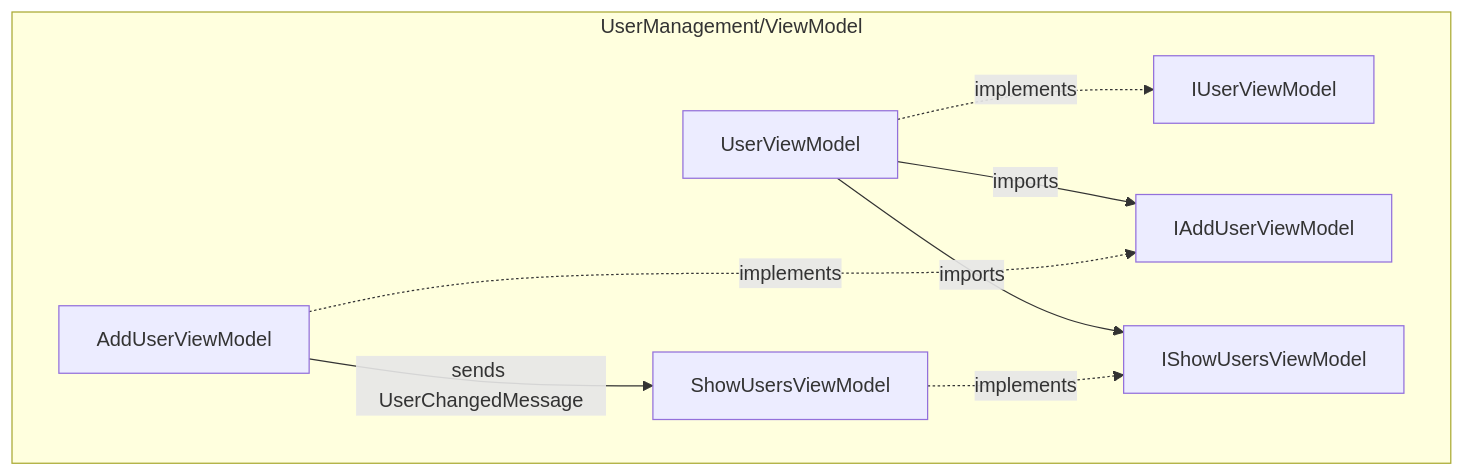
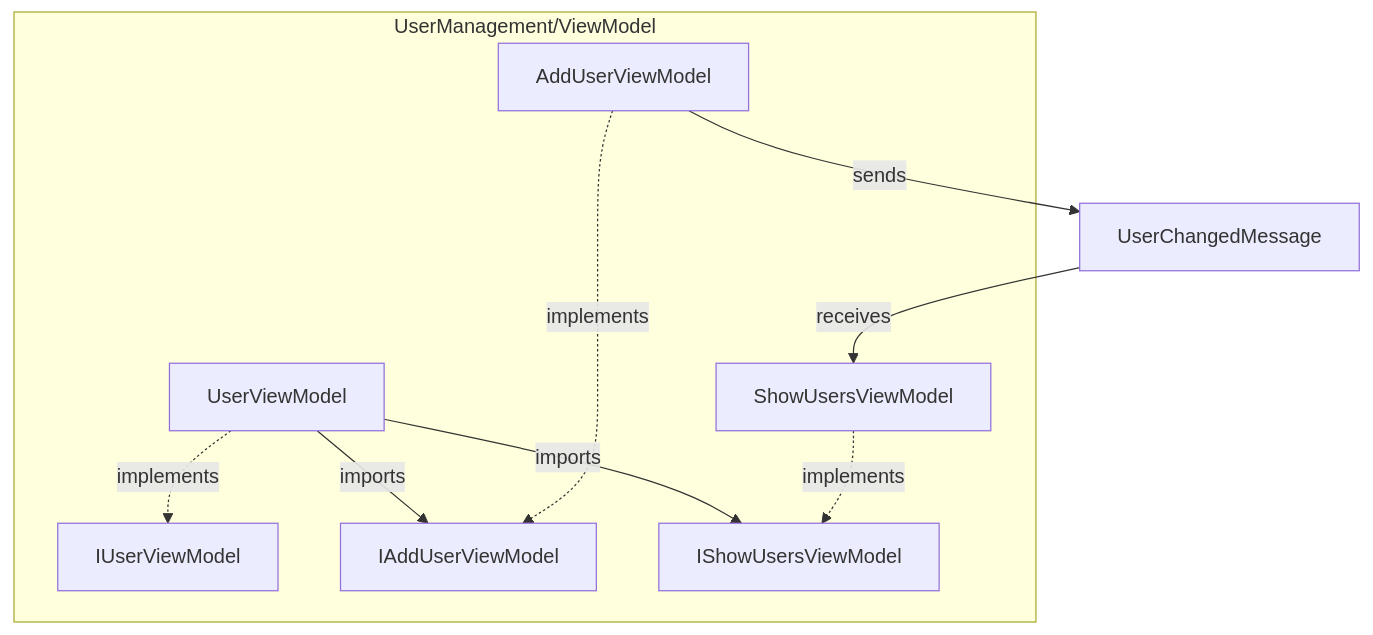
The diagram in doc/UserManagement/ViewModel.md (wetzlmaier-scch/mvvm), drawn with Mermaid before and after one commit. The commit also changed other lines of this file and 132 other files, not shown here.

````diff
--- a/doc/UserManagement/ViewModel.md
+++ b/doc/UserManagement/ViewModel.md
@@ -21,20 +27,21 @@
 ```mermaid
 flowchart TD
     subgraph "UserManagement/ViewModel"
-        UV[UserViewModel]
-        IUV[IUserViewModel]
-        AUV[AddUserViewModel]
-        IAU[ IAddUserViewModel]
-        SUV[ShowUsersViewModel]
-        ISU[IShowUsersViewModel]
+        UV[IUserViewModel]
+        UVImpl[UserViewModel]
+        AUV[IAddUserViewModel]
+        AUVImpl[AddUserViewModel]
+        SUV[IShowUsersViewModel]
+        SUVImpl[ShowUsersViewModel]
     end
+
+    UVImpl -.->|implements| UV
+    UVImpl -->|imports| AUV
+    UVImpl -->|imports| SUV
     
-    UV -.->|implements| IUV
-    UV -->|imports| IAU
-    UV -->|imports| ISU
-    
-    AUV -.->|implements| IAU
-    SUV -.->|implements| ISU
-    
-    AUV -->|sends UserChangedMessage| SUV
+    AUVImpl -.->|implements| AUV
+    SUVImpl -.->|implements| SUV
+
+    AUVImpl -->|sends| MSG[UserChangedMessage]
+    MSG -->|receives| SUVImpl
 ```
````
